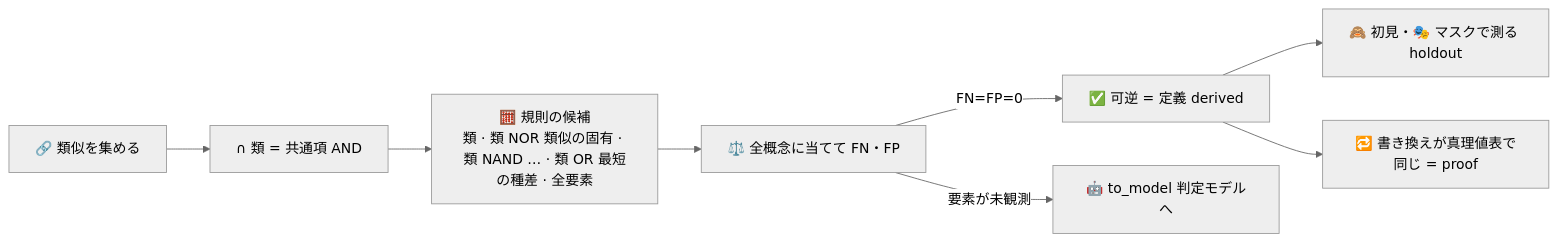
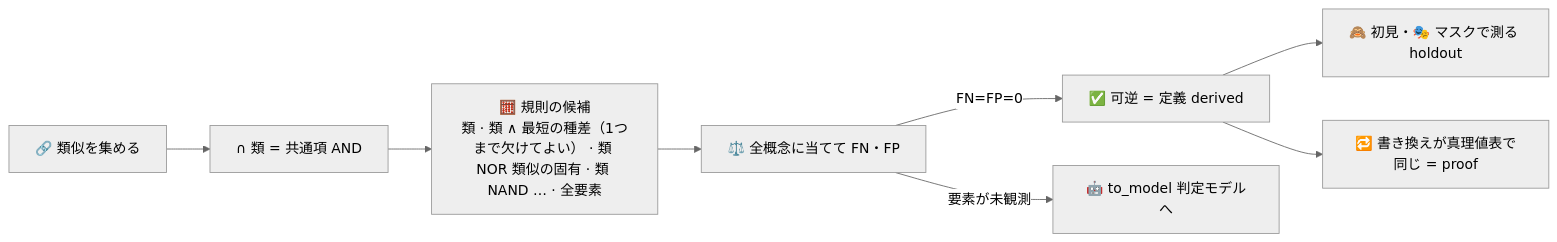
One commit to myon-bioinformatics/OnTautoLogy changed the fourth of 4 diagrams in README.md. Above: the diagram before and after it, drawn with Mermaid (neutral theme). The commit also changed other lines of this file and 4 other files, not shown here.

````diff
--- a/README.md
+++ b/README.md
@@ -271,10 +271,10 @@
 ```mermaid
 flowchart LR
   S[🔗 類似を集める] --> G[∩ 類 = 共通項 AND]
-  G --> R[🧮 規則の候補<br/>類 · 類 NOR 類似の固有 · 類 NAND … · 類 OR 最短の種差 · 全要素]
+  G --> R[🧮 規則の候補<br/>類 · 類 ∧ 最短の種差（1つまで欠けてよい） · 類 NOR 類似の固有 · 類 NAND … · 全要素]
   R --> J[⚖️ 全概念に当てて FN・FP]
   J -->|FN=FP=0| D[✅ 可逆 = 定義 derived]
   J -->|要素が未観測| M[🤖 to_model 判定モデルへ]
   D --> H[🙈 初見・🎭 マスクで測る holdout]
   D --> E[🔁 書き換えが真理値表で同じ = proof]
 ```
````
